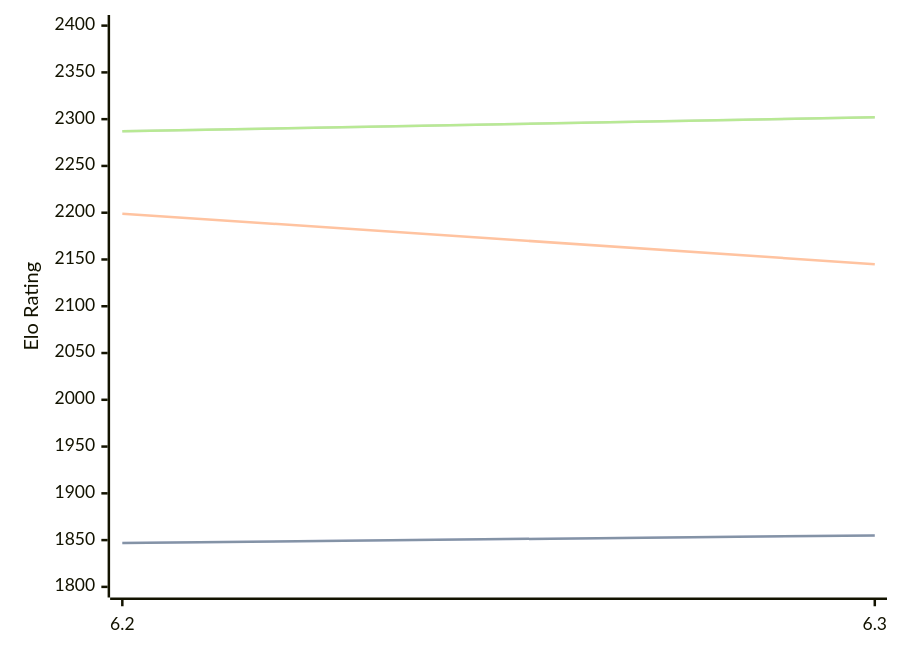
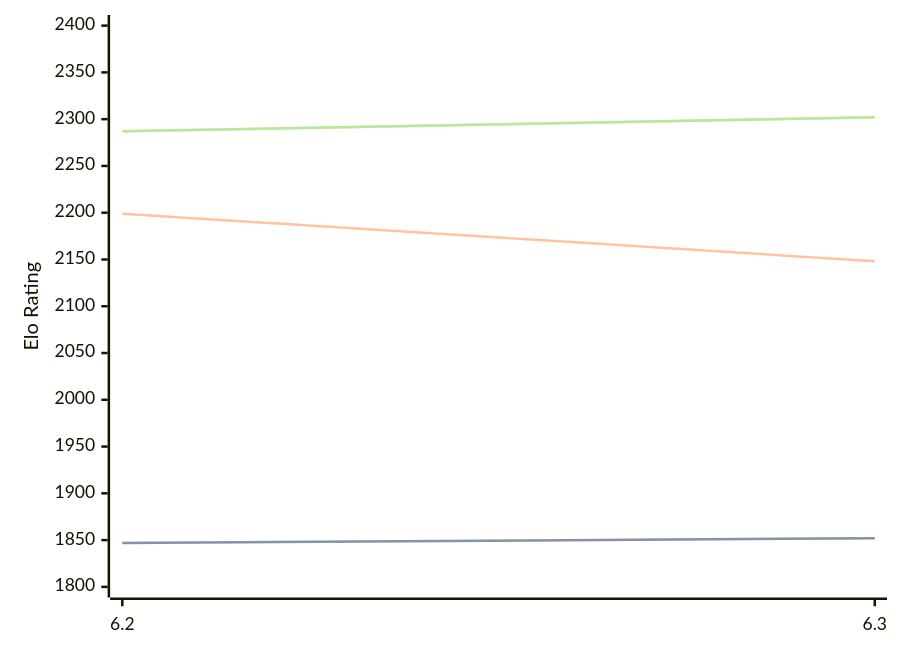
One commit to computer-chess-index/cci changed the third of 3 diagrams in engines/chess4j.md. Above: the diagram before and after it, drawn with Mermaid. The commit also changed other lines of this file, not shown here.

````diff
--- a/engines/chess4j.md
+++ b/engines/chess4j.md
@@ -71,11 +71,11 @@
 ```mermaid
 %%{init: {"theme":"base","themeVariables":{"seriesColors:['#a3a3a3','#222221','#faa371']}}}%%
 xychart-beta
   x-axis ["6.2", "6.3"]
   y-axis "Elo Rating" 1800 --> 2400
-  line "STC (8.0+0.08s)" [1847, 1855]
-  line "STC (8.0+0.08s)" [1847, 1855]
-  line "LTC (60.0+0.60s)" [2199, 2145]
+  line "STC (8.0+0.08s)" [1847, 1852]
+  line "STC (8.0+0.08s)" [1847, 1852]
+  line "LTC (60.0+0.60s)" [2199, 2148]
   line "VLTC (2m24s+1.12s)" [2287, 2302]
   line "VLTC (2m24s+1.12s)" [2287, 2302]
 ```
````
